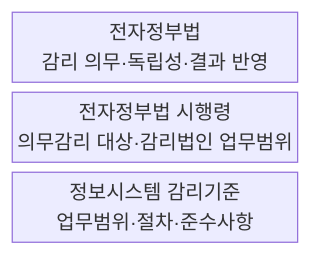
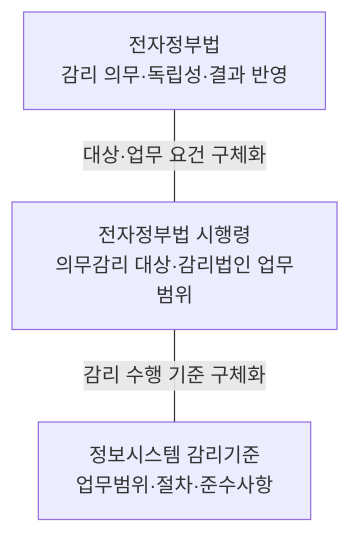
Before and after one commit to agnusdei1207/study: the third of 4 diagrams in src/content/docs/notes/itpe/01-it-strategy/008_it_audit.md, drawn with Mermaid. The commit also changed other lines of this file, not shown here.

Commit message:
Connect audit regulation layers with undirected Mermaid lines

````diff
--- a/src/content/docs/notes/itpe/01-it-strategy/008_it_audit.md
+++ b/src/content/docs/notes/itpe/01-it-strategy/008_it_audit.md
@@ -102,7 +102,5 @@
 ```mermaid
-block-beta
-    columns 1
-    LAW["전자정부법<br/>감리 의무·독립성·결과 반영"]
-    DECREE["전자정부법 시행령<br/>의무감리 대상·감리법인 업무범위"]
-    RULE["정보시스템 감리기준<br/>업무범위·절차·준수사항"]
+flowchart TD
+    LAW["전자정부법<br/>감리 의무·독립성·결과 반영"] ---|"대상·업무 요건 구체화"| DECREE["전자정부법 시행령<br/>의무감리 대상·감리법인 업무범위"]
+    DECREE ---|"감리 수행 기준 구체화"| RULE["정보시스템 감리기준<br/>업무범위·절차·준수사항"]
 ```
````
